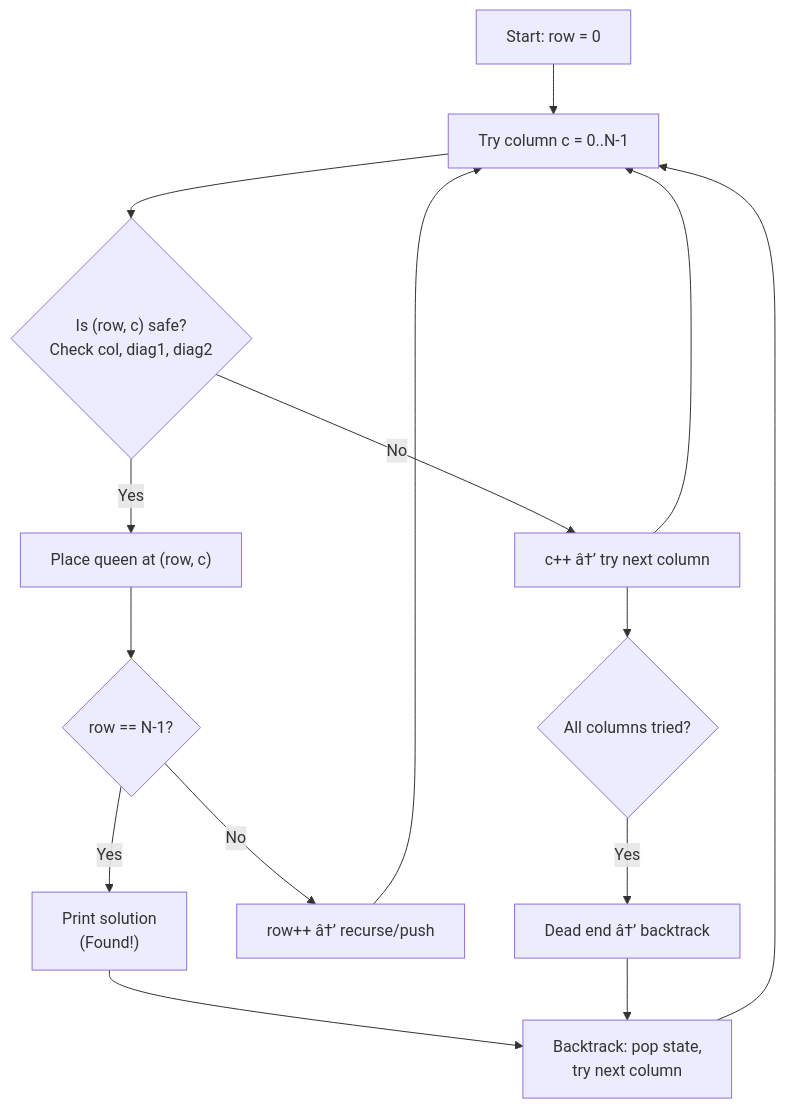
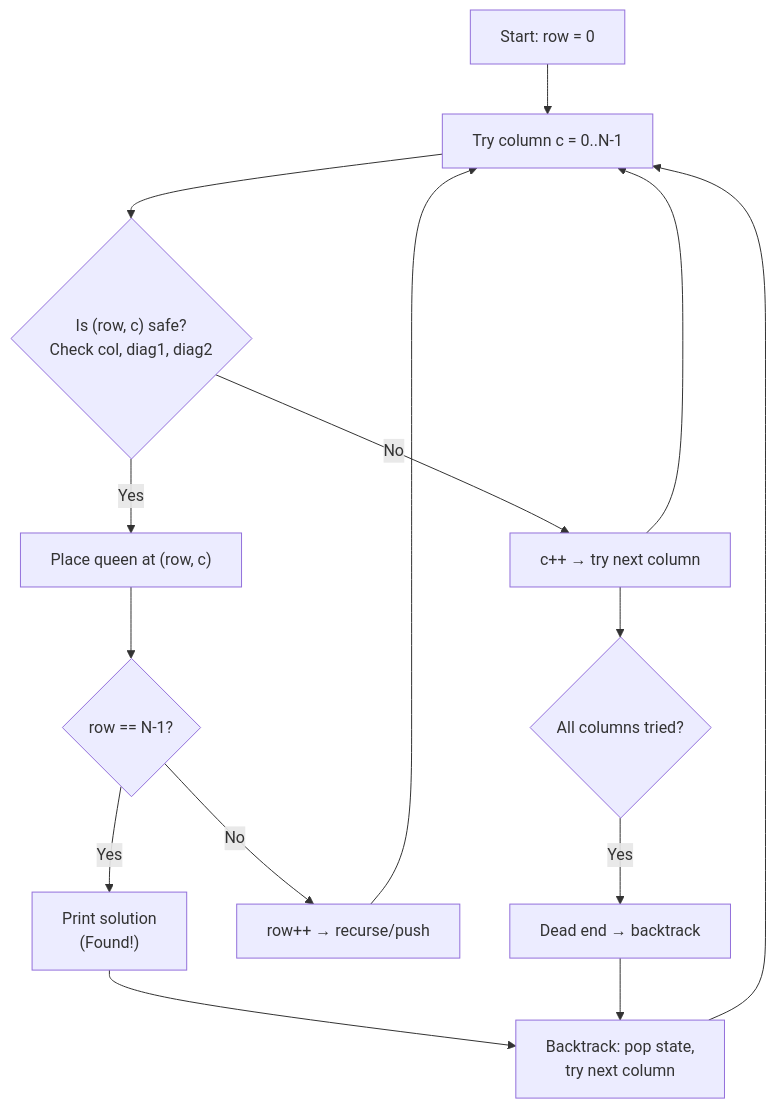
One commit to Raushan666java/ai-engineering-journey changed the second of 2 diagrams in docs/courses/data-structures/05-stacks.md. Above: the diagram before and after it, drawn with Mermaid. The commit also changed other lines of this file and 965 other files, not shown here.

````diff
--- a/docs/courses/data-structures/05-stacks.md
+++ b/docs/courses/data-structures/05-stacks.md
@@ -1868,17 +1868,17 @@
 ```mermaid
 flowchart TD
     Start["Start: row = 0"] --> TryCol["Try column c = 0..N-1"]
     TryCol --> Safe{"Is (row, c) safe?<br/>Check col, diag1, diag2"}
-    Safe -->|No| NextCol["c++ â†’ try next column"]
+    Safe -->|No| NextCol["c++ → try next column"]
     NextCol --> TryCol
     Safe -->|Yes| Place["Place queen at (row, c)"]
     Place --> Check{"row == N-1?"}
     Check -->|Yes| Solution["Print solution<br/>(Found!)"]
-    Check -->|No| NextRow["row++ â†’ recurse/push"]
+    Check -->|No| NextRow["row++ → recurse/push"]
     NextRow --> TryCol
     Solution --> Backtrack["Backtrack: pop state,<br/>try next column"]
     Backtrack --> TryCol
     NextCol --> LastCol{"All columns tried?"}
-    LastCol -->|Yes| DeadEnd["Dead end â†’ backtrack"]
+    LastCol -->|Yes| DeadEnd["Dead end → backtrack"]
     DeadEnd --> Backtrack
 ```
````
